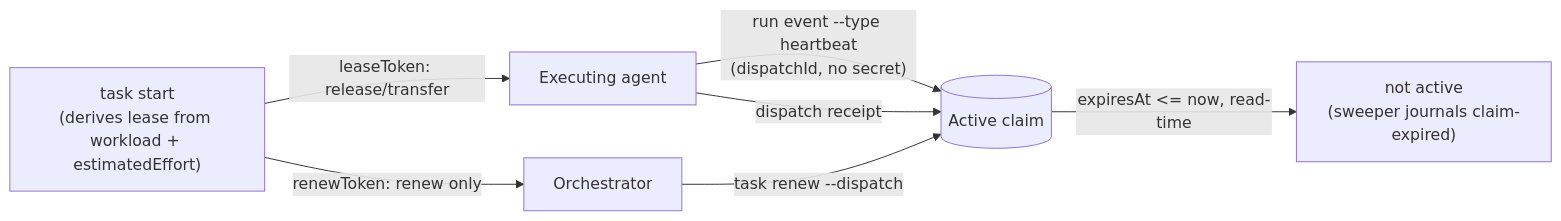
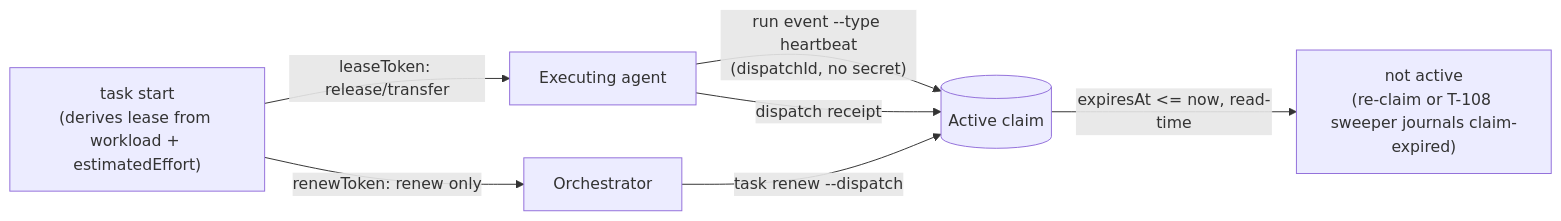
The first of 2 diagrams in docs/engineering/coordination-v2.md (alotth/mapctx), drawn with Mermaid before and after one commit. The commit also changed other lines of this file, not shown here.

````diff
--- a/docs/engineering/coordination-v2.md
+++ b/docs/engineering/coordination-v2.md
@@ -113,10 +176,10 @@
 ```mermaid
 flowchart LR
   S["task start<br/>(derives lease from workload + estimatedEffort)"]
   S -->|leaseToken: release/transfer| EX[Executing agent]
   S -->|renewToken: renew only| OR[Orchestrator]
   EX -->|"run event --type heartbeat<br/>(dispatchId, no secret)"| L[(Active claim)]
   OR -->|"task renew --dispatch"| L
   EX -->|"dispatch receipt"| L
-  L -->|"expiresAt <= now, read-time"| G["not active<br/>(sweeper journals claim-expired)"]
+  L -->|"expiresAt <= now, read-time"| G["not active<br/>(re-claim or T-108 sweeper journals claim-expired)"]
 ```
````
